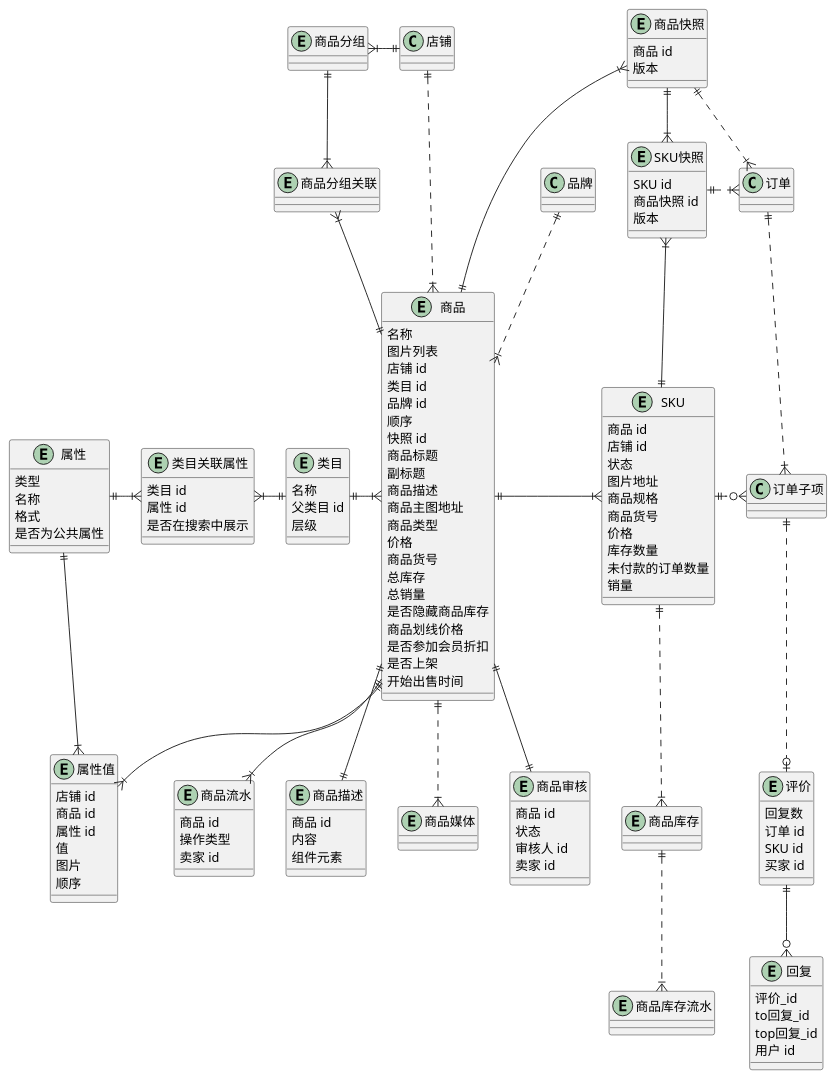
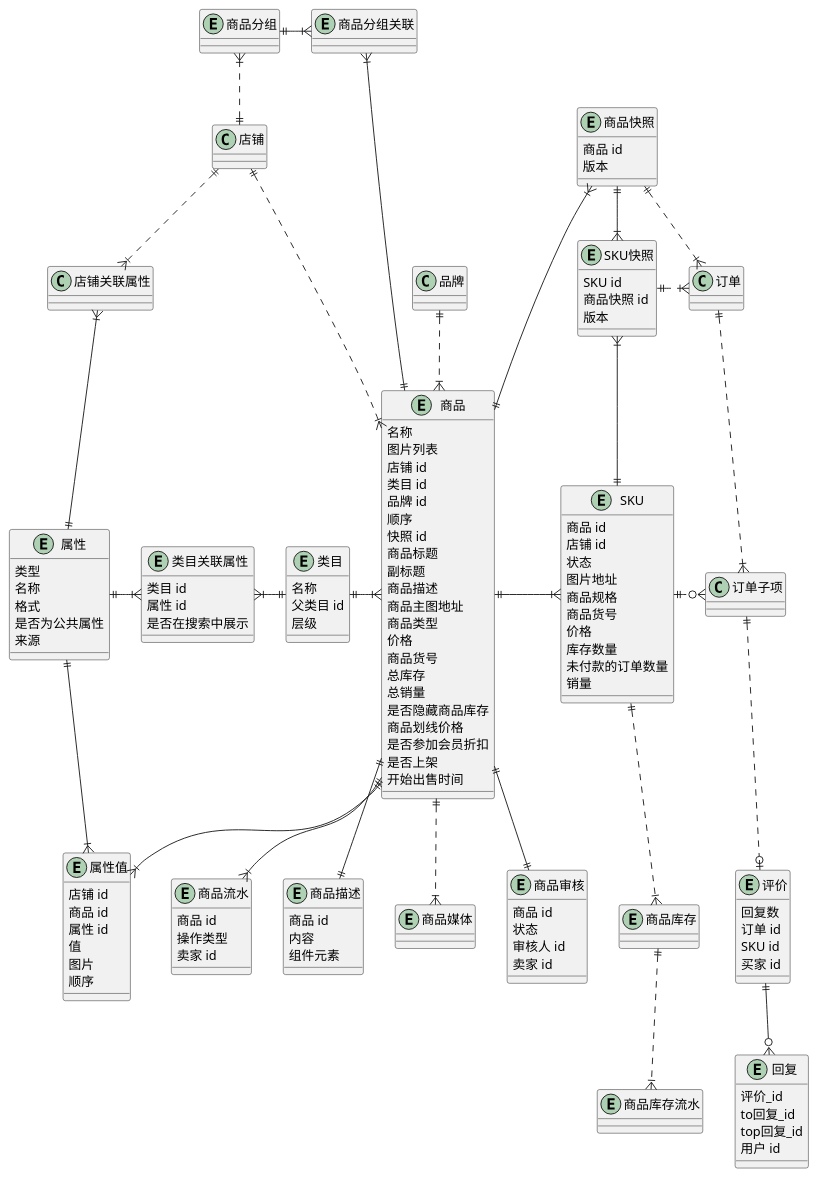
One commit to awesomecat2020/mock-mall changed the diagram in 商品.wsd. Above: the diagram before and after it, drawn with PlantUML. The commit also changed 2 other files, not shown here.

```diff
--- a/商品.wsd
+++ b/商品.wsd
@@ -1,191 +1,195 @@
 @startuml 商品UML
 
 ' ==================== 商品 ====================
 entity 商品 {
     名称
     图片列表
     店铺 id
     类目 id
     品牌 id
     顺序
     快照 id
     商品标题
     ' 分享链接时显示
     副标题
     商品描述
     商品主图地址
 '   0：普通商品（物流发货）
 '   3：UMP降价拍
 '   5：外卖商品
 '   10：分销商品
 '   20：会员卡商品
 '   21：礼品卡商品
 '   22：团购券
 '   25：批发商品
 '   30：收银台商品
 '   31：知识付费商品
 '   35：酒店商品（无需物流）
 '   40：美业商品
 '   60：虚拟商品（无需物流）
 '   61：电子卡券（无需物流）
     商品类型
     价格
     ' 商家为商品设置的外部编号
     商品货号
     ' 基于 sku 的库存数量累加
     总库存
     总销量
     ' 0 - 显示库存（默认）
     ' 1 - 不显示库存
     是否隐藏商品库存
     ' 可以自定义。例如 促销价：888
     ' 商品没有优惠的情况下，划线价在商品详情会以划线形式显示。
     商品划线价格
     ' 0 - 不参加会员折扣
     ' 1 - 参加会员折扣（默认）
     是否参加会员折扣
     是否上架
     开始出售时间
 }
 entity 类目 {
     名称
     父类目 id
     层级
 }
 entity 商品审核 {
     商品 id
     状态
     审核人 id
     卖家 id
 }
 entity 商品流水 {
     商品 id
     操作类型
     卖家 id
 }
 entity 商品描述 {
     商品 id
     ' 富文本，字数要大于5个字符，小于25000个字符 ，受违禁词控制
     内容
     组件元素
 }
 entity 商品媒体 {
     ' 暂不做
 }
 entity 商品分组 {
 
 }
 entity 商品分组关联 {
 
 }
 ' entity 后台类目 {
 ' 
 ' }
 
 店铺 ||..|{ 商品
 商品 }|.u.|| 品牌
 类目 ||-|{ 商品
 商品 ||--|| 商品审核
 商品 ||--|{ 商品流水
 商品 ||--|| 商品描述
 商品 ||..|{ 商品媒体
 ' 分组
-店铺 ||-l-|{ 商品分组
-商品分组关联 }|-u-|| 商品分组
+店铺 ||.u.|{ 商品分组
+商品分组关联 }|-l-|| 商品分组
 商品 ||-u-|{ 商品分组关联
 
 
 ' ==================== 订单 ====================
 entity SKU {
     商品 id
     店铺 id
     状态
     图片地址
     商品规格
     ' 商家为商品设置的外部编号
     商品货号
     价格
     库存数量
     ' 商品在付款减库存的状态下，该 SKU 上未付款的订单数量
     未付款的订单数量
     销量
     ' 是否锁定
 }
 entity 商品库存 {
     ' 暂不做
 }
 entity 商品库存流水 {
     ' 暂不做
 }
 entity 商品快照 {
     商品 id
     版本
 }
 entity SKU快照 {
     SKU id
     商品快照 id
     版本
 }
 
 商品 ||-|{ SKU
 SKU ||..|{ 商品库存
 商品库存 ||..|{ 商品库存流水
 SKU ||.o{ 订单子项
 ' 快照
 SKU ||-u-|{ SKU快照
 SKU快照 ||.|{ 订单
 商品快照 ||--|{ SKU快照
 商品 ||-u-|{ 商品快照
 商品快照 ||.|{ 订单
 
 ' ==================== 属性 ====================
 entity 属性 {
     ' 类目不同，属性不同
     ' 销售属性/关键属性/非关键属性
     类型
     名称
     ' 选项、文本、数值、百分比
     格式
     ' 添加商品时一定会展示
     是否为公共属性
+    ' 系统生成/商家自定义
+    来源
 }
 entity 类目关联属性 {
     类目 id
     属性 id
     是否在搜索中展示
 }
 entity 属性值 {
     店铺 id
     商品 id
     属性 id
     值
     图片
     顺序
 }
 
 属性 ||-|{ 类目关联属性
 类目关联属性 }|-|| 类目
 属性 ||--|{ 属性值
 商品 ||--|{ 属性值
+店铺 ||..|{ 店铺关联属性
+店铺关联属性 }|--|| 属性
 
 
 ' ==================== 评价 ====================
 entity 评价 {
     回复数
     订单 id
     SKU id
     买家 id
 }
 entity 回复 {
     评价_id
     to回复_id
     top回复_id
     用户 id
 }
 
 
 评价 |o.u.|| 订单子项
 订单子项 }|.u.|| 订单
 评价 ||--o{ 回复
 
 @enduml
```
